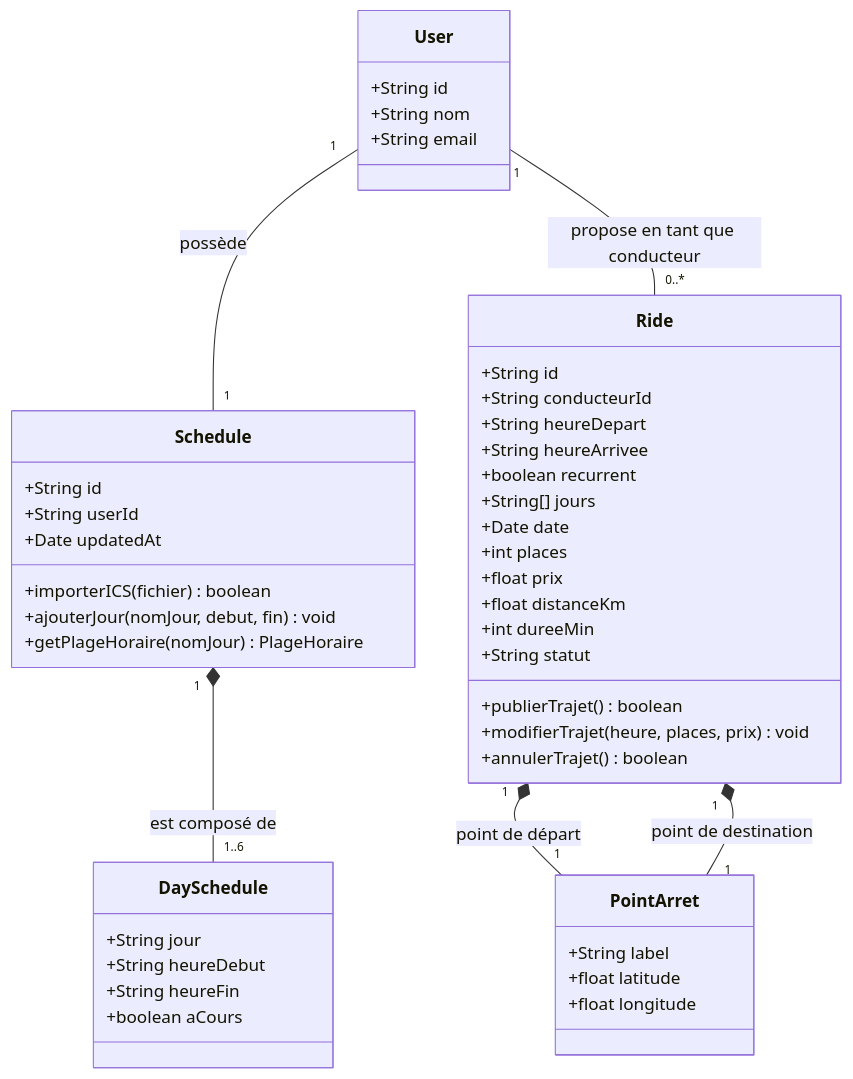
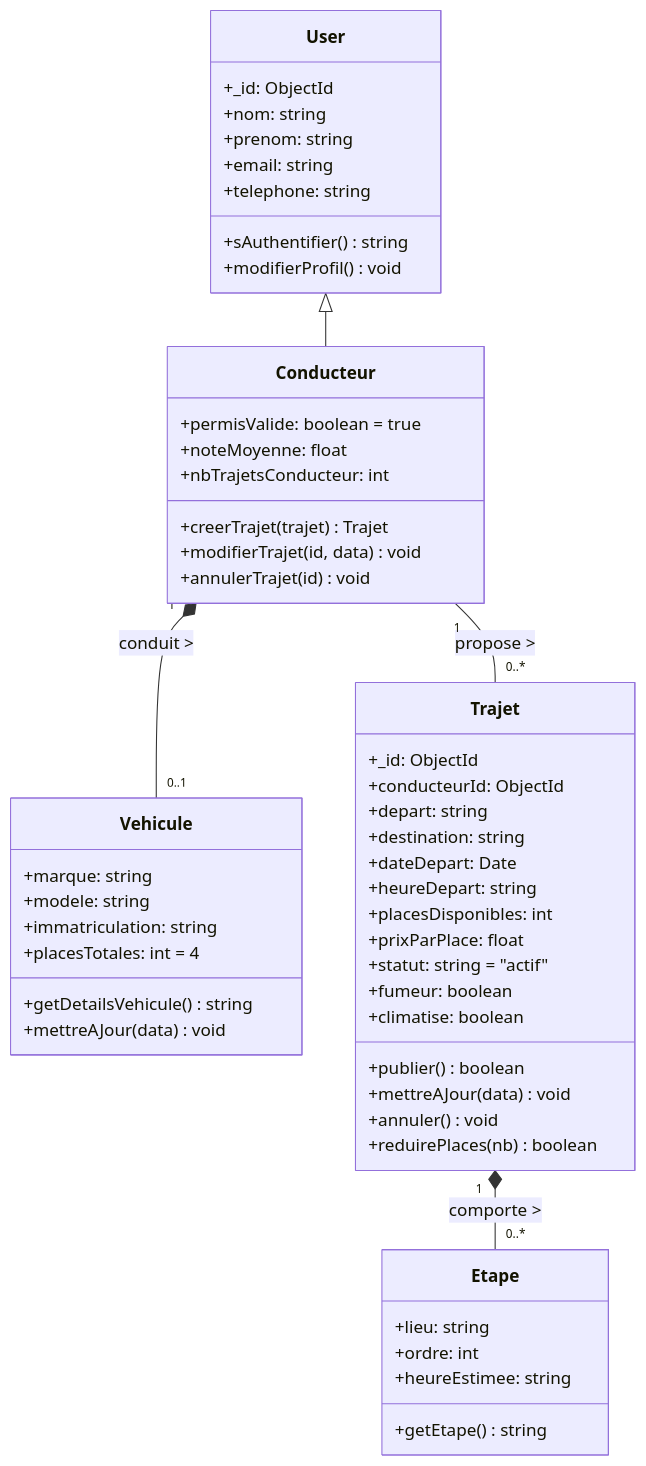
Before and after one commit to Hajer1406/UniRide: the fourth of 14 diagrams in DIAGRAMMES_UML.md, drawn with Mermaid. The commit also changed other lines of this file and 30 other files, not shown here.

Commit message:
docs: add downloadable UML Use Case and Class diagram images (PNG/SVG) with include auth

````diff
--- a/DIAGRAMMES_UML.md
+++ b/DIAGRAMMES_UML.md
@@ -170,54 +205,60 @@
 ```mermaid
 classDiagram
     class User {
-        +String id
-        +String nom
-        +String email
+        +_id: ObjectId
+        +nom: string
+        +prenom: string
+        +email: string
+        +telephone: string
+        +sAuthentifier() string
+        +modifierProfil() void
     }
 
-    class Schedule {
-        +String id
-        +String userId
-        +Date updatedAt
-        +importerICS(fichier) boolean
-        +ajouterJour(nomJour, debut, fin) void
-        +getPlageHoraire(nomJour) PlageHoraire
+    class Conducteur {
+        +permisValide: boolean = true
+        +noteMoyenne: float
+        +nbTrajetsConducteur: int
+        +creerTrajet(trajet) Trajet
+        +modifierTrajet(id, data) void
+        +annulerTrajet(id) void
     }
 
-    class DaySchedule {
-        +String jour
-        +String heureDebut
-        +String heureFin
-        +boolean aCours
+    class Vehicule {
+        +marque: string
+        +modele: string
+        +immatriculation: string
+        +placesTotales: int = 4
+        +getDetailsVehicule() string
+        +mettreAJour(data) void
     }
 
-    class Ride {
-        +String id
-        +String conducteurId
-        +String heureDepart
-        +String heureArrivee
-        +boolean recurrent
-        +String[] jours
-        +Date date
-        +int places
-        +float prix
-        +float distanceKm
-        +int dureeMin
-        +String statut
-        +publierTrajet() boolean
-        +modifierTrajet(heure, places, prix) void
-        +annulerTrajet() boolean
+    class Trajet {
+        +_id: ObjectId
+        +conducteurId: ObjectId
+        +depart: string
+        +destination: string
+        +dateDepart: Date
+        +heureDepart: string
+        +placesDisponibles: int
+        +prixParPlace: float
+        +statut: string = "actif"
+        +fumeur: boolean
+        +climatise: boolean
+        +publier() boolean
+        +mettreAJour(data) void
+        +annuler() void
+        +reduirePlaces(nb) boolean
     }
 
-    class PointArret {
-        +String label
-        +float latitude
-        +float longitude
+    class Etape {
+        +lieu: string
+        +ordre: int
+        +heureEstimee: string
+        +getEtape() string
     }
 
-    User "1" -- "1" Schedule : possède
-    Schedule "1" *-- "1..6" DaySchedule : est composé de
-    User "1" -- "0..*" Ride : propose en tant que conducteur
-    Ride "1" *-- "1" PointArret : point de départ
-    Ride "1" *-- "1" PointArret : point de destination
+    User <|-- Conducteur
+    Conducteur "1" *-- "0..1" Vehicule : conduit >
+    Conducteur "1" -- "0..*" Trajet : propose >
+    Trajet "1" *-- "0..*" Etape : comporte >
 ```
````
